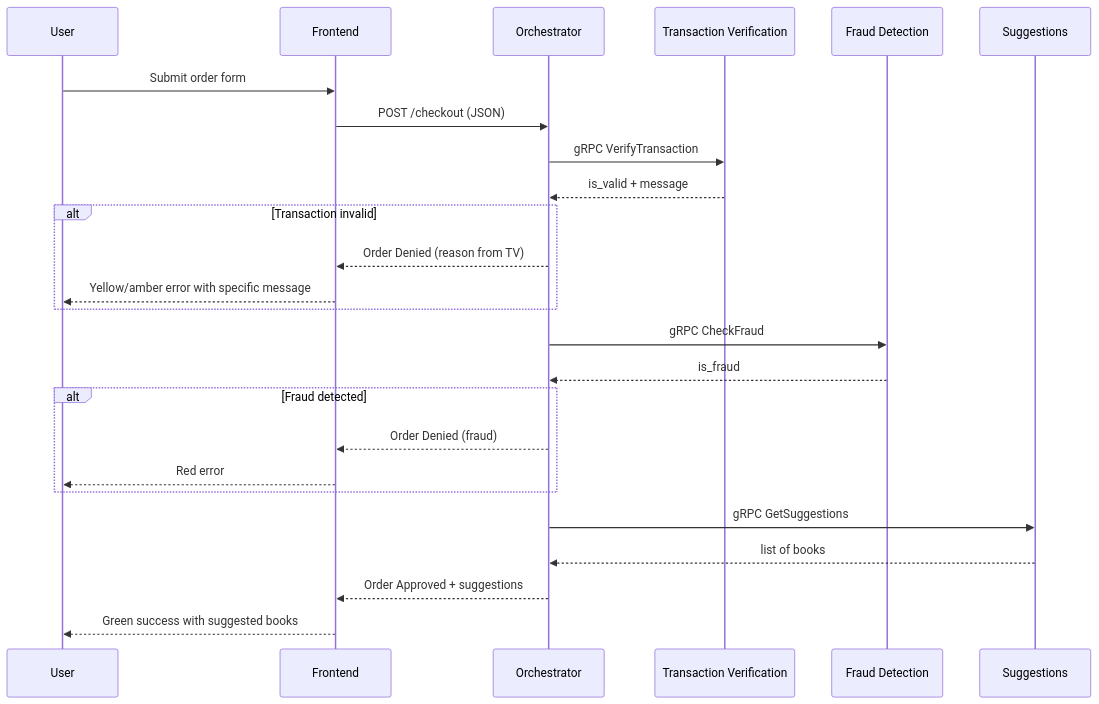
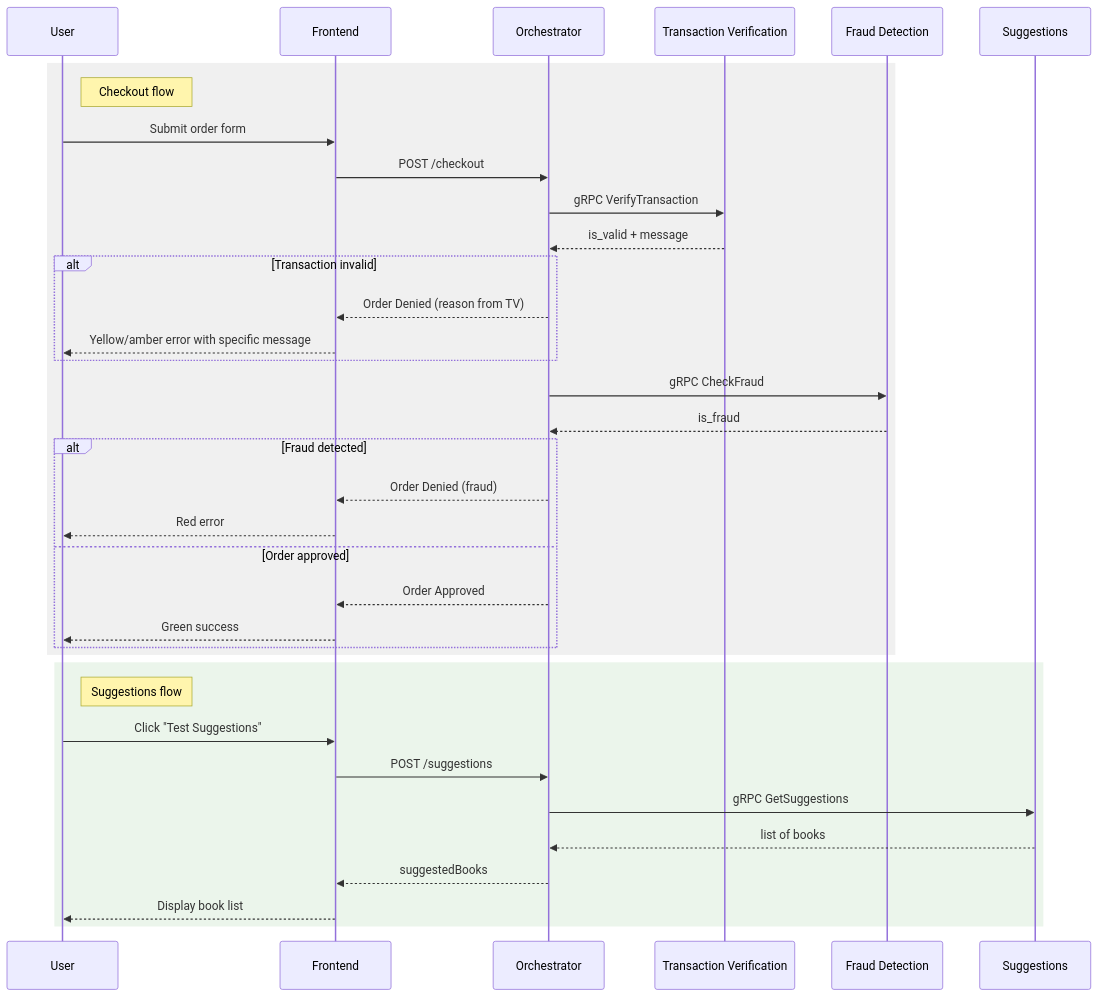
Before and after one commit to mobile-cloud-computing/ds-practice-2025: the second of 2 diagrams in README.md, drawn with Mermaid.

Commit message:
Flow diagram edit

````diff
--- a/README.md
+++ b/README.md
@@ -32,28 +32,40 @@
 ```mermaid
 sequenceDiagram
     participant U as User
     participant F as Frontend
     participant O as Orchestrator
     participant TV as Transaction Verification
     participant FD as Fraud Detection
     participant S as Suggestions
 
+    rect rgb(240, 240, 240)
+    note right of U: Checkout flow
     U->>F: Submit order form
-    F->>O: POST /checkout (JSON)
+    F->>O: POST /checkout
     O->>TV: gRPC VerifyTransaction
     TV-->>O: is_valid + message
     alt Transaction invalid
         O-->>F: Order Denied (reason from TV)
         F-->>U: Yellow/amber error with specific message
     end
     O->>FD: gRPC CheckFraud
     FD-->>O: is_fraud
     alt Fraud detected
         O-->>F: Order Denied (fraud)
         F-->>U: Red error
+    else Order approved
+        O-->>F: Order Approved
+        F-->>U: Green success
     end
+    end
+
+    rect rgb(235, 245, 235)
+    note right of U: Suggestions flow
+    U->>F: Click "Test Suggestions"
+    F->>O: POST /suggestions
     O->>S: gRPC GetSuggestions
     S-->>O: list of books
-    O-->>F: Order Approved + suggestions
-    F-->>U: Green success with suggested books
+    O-->>F: suggestedBooks
+    F-->>U: Display book list
+    end
 ```
````
